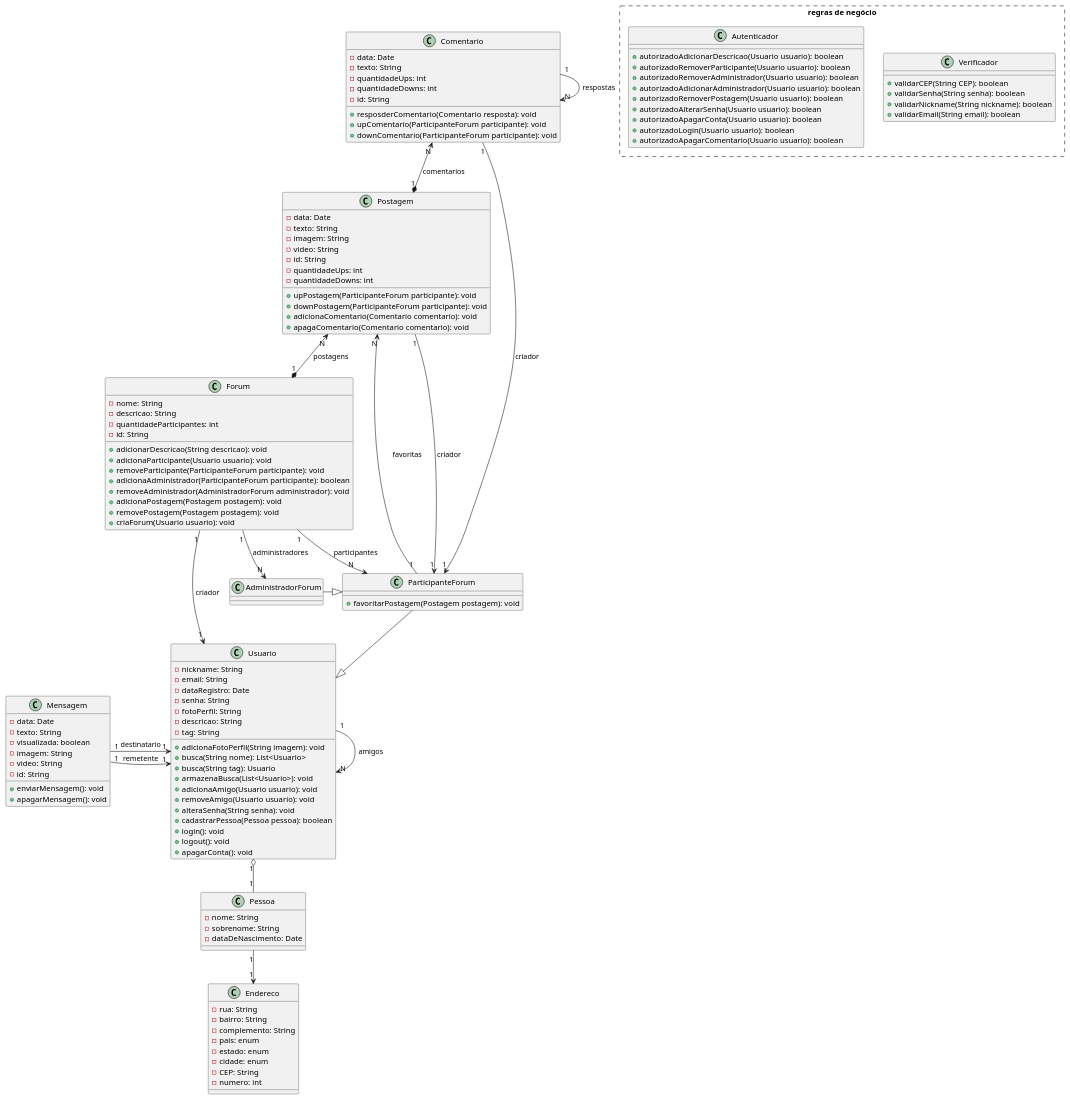
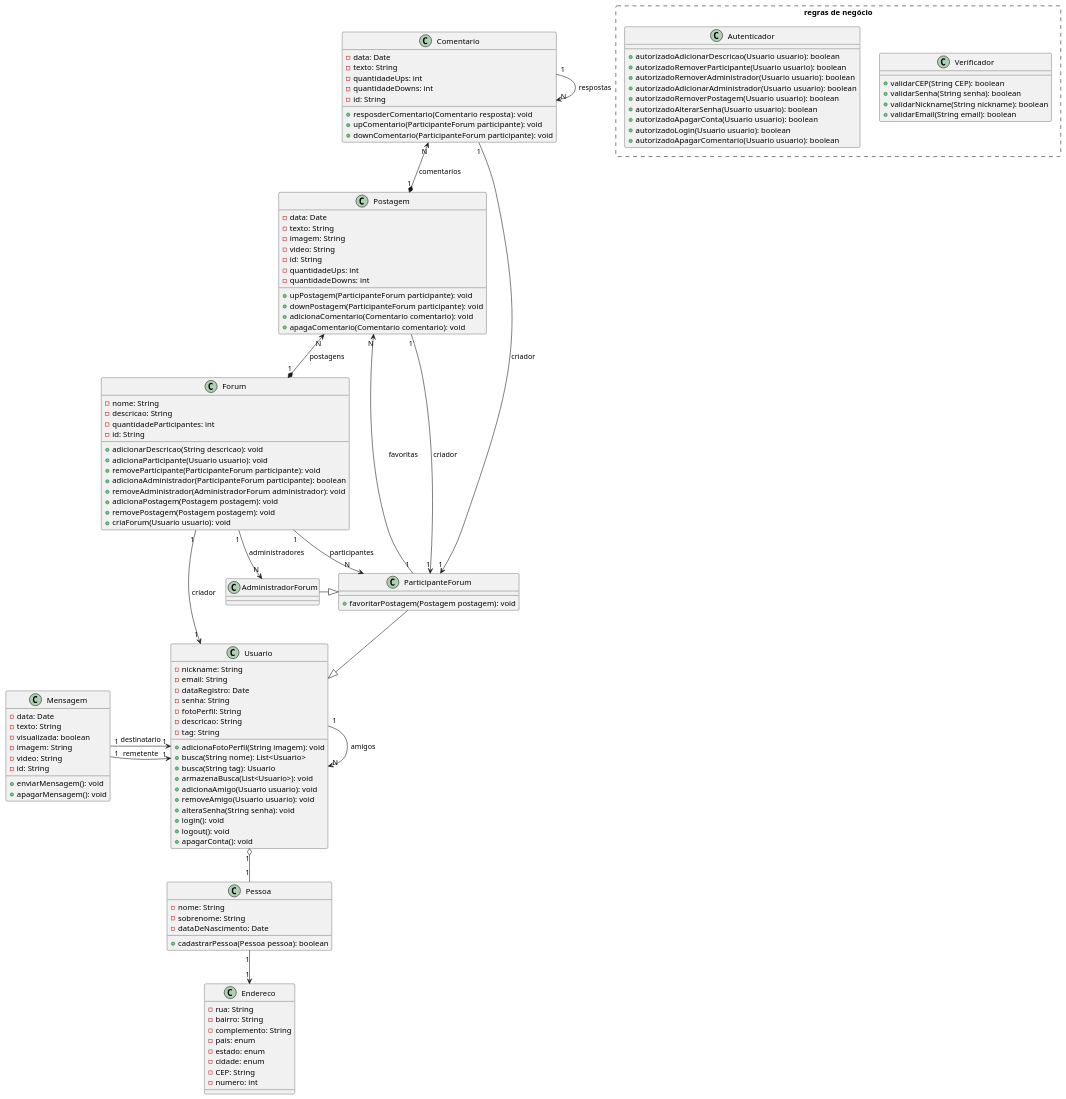
The diagram in diagrama.puml (nogueiralegacy/plantuml), drawn with PlantUML before and after one commit. The commit also changed other lines of this file, not shown here.

Commit message:
Pessoa se auto salva

```diff
--- a/diagrama.puml
+++ b/diagrama.puml
@@ -1,136 +1,136 @@
 @startuml diagrama
 
 class Endereco {
 -rua: String
 -bairro: String
 -complemento: String
 -pais: enum
 -estado: enum
 -cidade: enum
 -CEP: String
 -numero: int
 }
 
 class Pessoa {
 -nome: String
 -sobrenome: String
 -dataDeNascimento: Date
++cadastrarPessoa(Pessoa pessoa): boolean
 }
 
 class Usuario {
 -nickname: String
 -email: String
 -dataRegistro: Date
 -senha: String
 -fotoPerfil: String
 -descricao: String
 -tag: String
 +adicionaFotoPerfil(String imagem): void
 +busca(String nome): List<Usuario>
 +busca(String tag): Usuario
 +armazenaBusca(List<Usuario>): void
 +adicionaAmigo(Usuario usuario): void
 +removeAmigo(Usuario usuario): void
 +alteraSenha(String senha): void
-+cadastrarPessoa(Pessoa pessoa): boolean
 +login(): void
 +logout(): void
 +apagarConta(): void
 }
 
 class Mensagem {
 -data: Date
 -texto: String
 -visualizada: boolean
 -imagem: String
 -video: String
 -id: String
 +enviarMensagem(): void
 +apagarMensagem(): void
 }
 
 class Forum {
 -nome: String
 -descricao: String
 -quantidadeParticipantes: int
 -id: String
 +adicionarDescricao(String descricao): void
 +adicionaParticipante(Usuario usuario): void
 +removeParticipante(ParticipanteForum participante): void
 +adicionaAdministrador(ParticipanteForum participante): boolean
 +removeAdministrador(AdministradorForum administrador): void
 +adicionaPostagem(Postagem postagem): void
 +removePostagem(Postagem postagem): void
 +criaForum(Usuario usuario): void
 }
 
 rectangle "regras de negócio" #line.dashed {
     class Verificador {
 +validarCEP(String CEP): boolean
 +validarSenha(String senha): boolean
 +validarNickname(String nickname): boolean
 +validarEmail(String email): boolean
 }
 
 class Autenticador {
 +autorizadoAdicionarDescricao(Usuario usuario): boolean
 +autorizadoRemoverParticipante(Usuario usuario): boolean
 +autorizadoRemoverAdministrador(Usuario usuario): boolean
 +autorizadoAdicionarAdministrador(Usuario usuario): boolean
 +autorizadoRemoverPostagem(Usuario usuario): boolean
 +autorizadoAlterarSenha(Usuario usuario): boolean
 +autorizadoApagarConta(Usuario usuario): boolean
 +autorizadoLogin(Usuario usuario): boolean
 +autorizadoApagarComentario(Usuario usuario): boolean
 }
 }
 
 class AdministradorForum {
 }
 
 class ParticipanteForum {
 +favoritarPostagem(Postagem postagem): void
 }
 
 class Comentario {
 -data: Date
 -texto: String
 -quantidadeUps: int
 -quantidadeDowns: int
 -id: String
 +resposderComentario(Comentario resposta): void
 +upComentario(ParticipanteForum participante): void
 +downComentario(ParticipanteForum participante): void
 }
 
 class Postagem {
 -data: Date
 -texto: String
 -imagem: String
 -video: String
 -id: String
 -quantidadeUps: int
 -quantidadeDowns: int
 +upPostagem(ParticipanteForum participante): void
 +downPostagem(ParticipanteForum participante): void
 +adicionaComentario(Comentario comentario): void
 +apagaComentario(Comentario comentario): void
 }  
 
 Forum "1" --> "1" Usuario : criador
 Comentario "1" --> "1" ParticipanteForum : criador
 Postagem "1" --> "1" ParticipanteForum : criador
 ParticipanteForum "1" --> "N" Postagem : favoritas
 Postagem "1" *-up-> "N" Comentario : comentarios
 Comentario "1" -right-> "N" Comentario : respostas
 Forum "1" -down-> "N" ParticipanteForum : participantes
 Forum "1" -down-> "N" AdministradorForum : administradores
 Forum "1" *-up-> "N" Postagem : postagens
 ParticipanteForum --|> Usuario
 AdministradorForum -right-|> ParticipanteForum
 Usuario "1" --> "N" Usuario : amigos
 Usuario "1" o-down- "1" Pessoa
 Pessoa "1" -down-> "1" Endereco
 Mensagem "1" -right-> "1" Usuario : remetente
 Mensagem "1" -right-> "1" Usuario : destinatario
 @enduml
```
